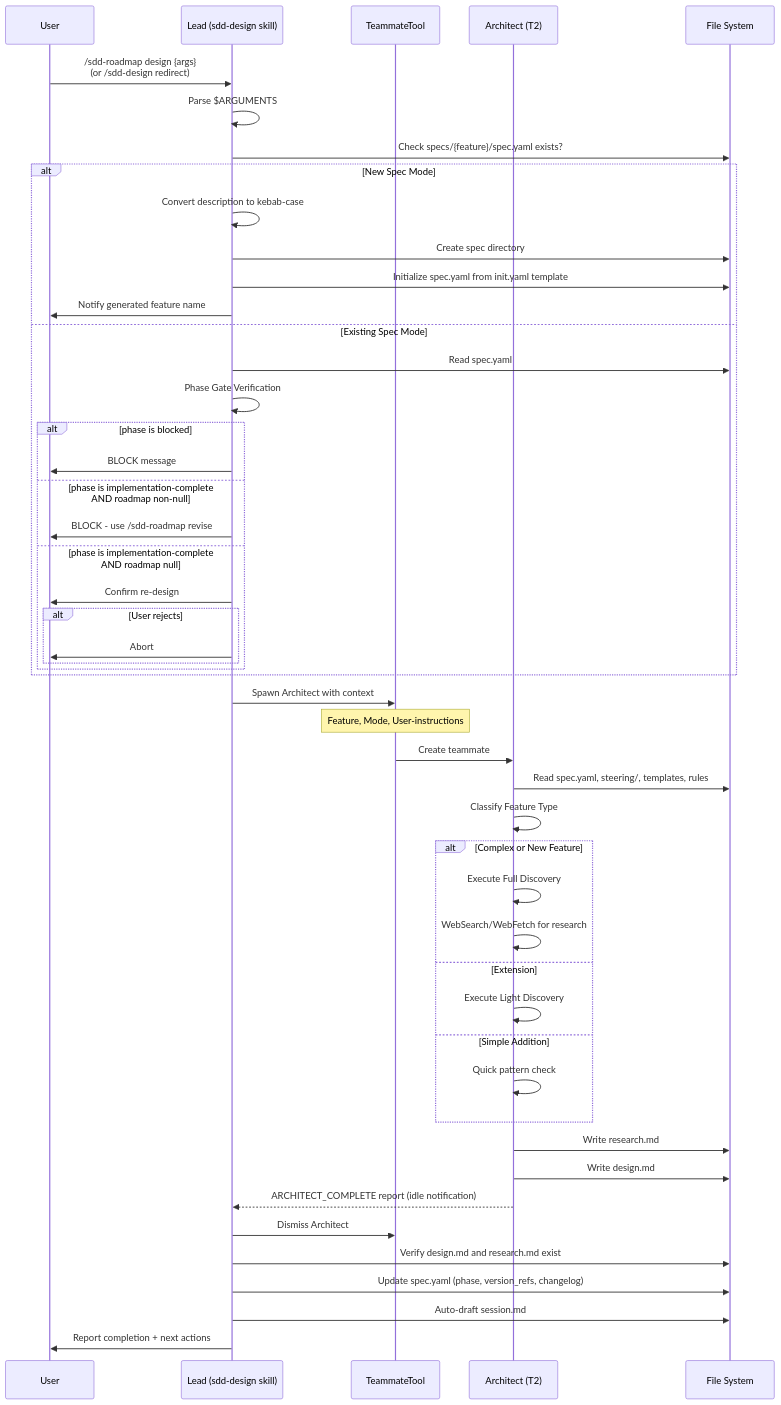
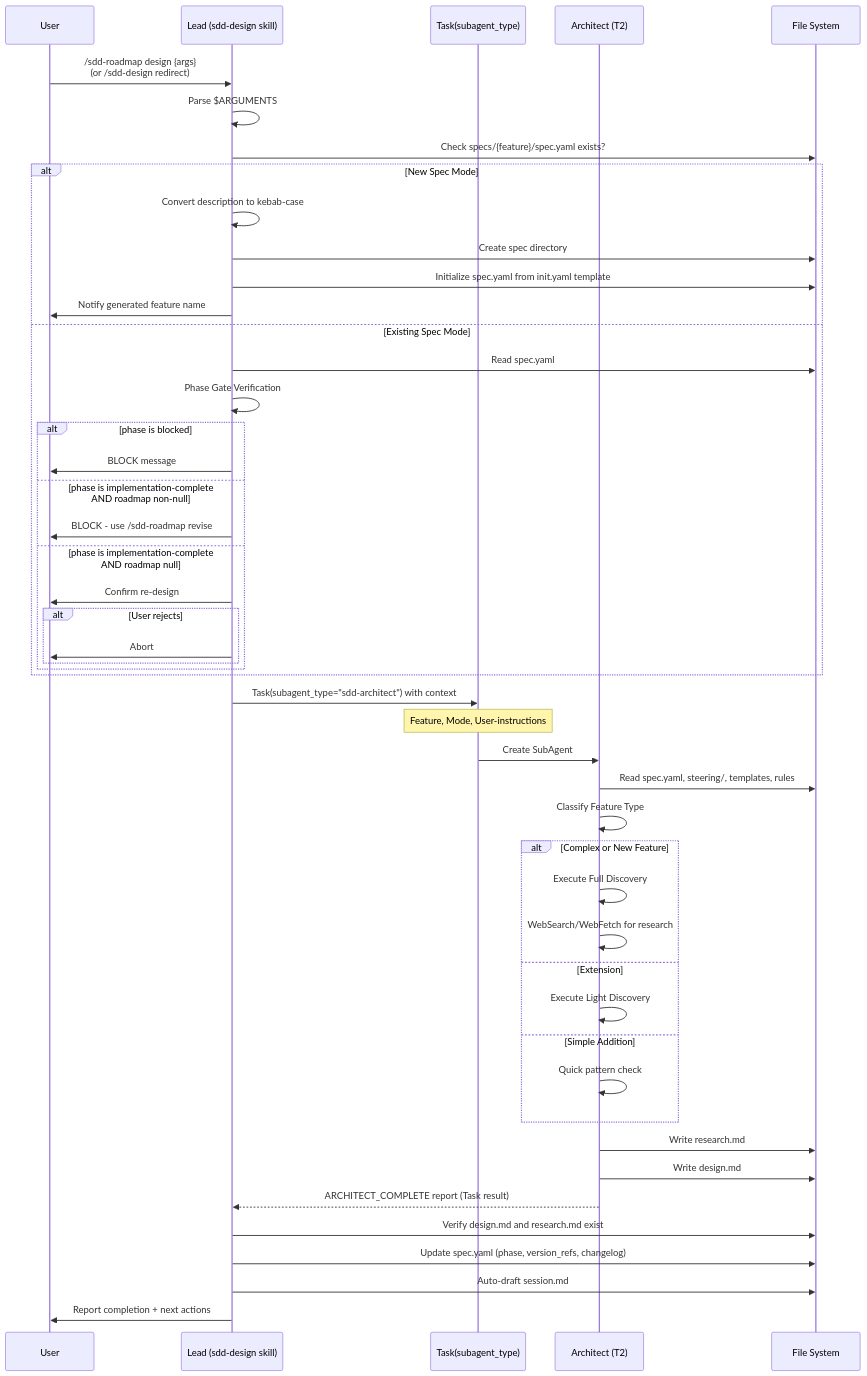
Before and after one commit to sync-dev-org/sync-sdd: the second of 4 diagrams in .claude/sdd/project/specs/design-pipeline/design.md, drawn with Mermaid. The commit also changed other lines of this file and 45 other files, not shown here.

First line of the commit message:
Migrate from Agent Teams to SubAgent architecture

````diff
--- a/.claude/sdd/project/specs/design-pipeline/design.md
+++ b/.claude/sdd/project/specs/design-pipeline/design.md
@@ -222,57 +222,56 @@
 ```mermaid
 sequenceDiagram
     participant User
     participant Lead as Lead (sdd-design skill)
-    participant TT as TeammateTool
+    participant TT as Task(subagent_type)
     participant Arch as Architect (T2)
     participant FS as File System
 
     User->>Lead: /sdd-roadmap design {args}<br/>(or /sdd-design redirect)
     Lead->>Lead: Parse $ARGUMENTS
     Lead->>FS: Check specs/{feature}/spec.yaml exists?
 
     alt New Spec Mode
         Lead->>Lead: Convert description to kebab-case
         Lead->>FS: Create spec directory
         Lead->>FS: Initialize spec.yaml from init.yaml template
         Lead->>User: Notify generated feature name
     else Existing Spec Mode
         Lead->>FS: Read spec.yaml
         Lead->>Lead: Phase Gate Verification
         alt phase is blocked
             Lead->>User: BLOCK message
         else phase is implementation-complete AND roadmap non-null
             Lead->>User: BLOCK - use /sdd-roadmap revise
         else phase is implementation-complete AND roadmap null
             Lead->>User: Confirm re-design
             alt User rejects
                 Lead->>User: Abort
             end
         end
     end
 
-    Lead->>TT: Spawn Architect with context
+    Lead->>TT: Task(subagent_type="sdd-architect") with context
     Note over TT: Feature, Mode, User-instructions
-    TT->>Arch: Create teammate
+    TT->>Arch: Create SubAgent
 
     Arch->>FS: Read spec.yaml, steering/, templates, rules
     Arch->>Arch: Classify Feature Type
     alt Complex or New Feature
         Arch->>Arch: Execute Full Discovery
         Arch->>Arch: WebSearch/WebFetch for research
     else Extension
         Arch->>Arch: Execute Light Discovery
     else Simple Addition
         Arch->>Arch: Quick pattern check
     end
 
     Arch->>FS: Write research.md
     Arch->>FS: Write design.md
-    Arch-->>Lead: ARCHITECT_COMPLETE report (idle notification)
+    Arch-->>Lead: ARCHITECT_COMPLETE report (Task result)
 
-    Lead->>TT: Dismiss Architect
     Lead->>FS: Verify design.md and research.md exist
     Lead->>FS: Update spec.yaml (phase, version_refs, changelog)
     Lead->>FS: Auto-draft session.md
     Lead->>User: Report completion + next actions
 ```
````
